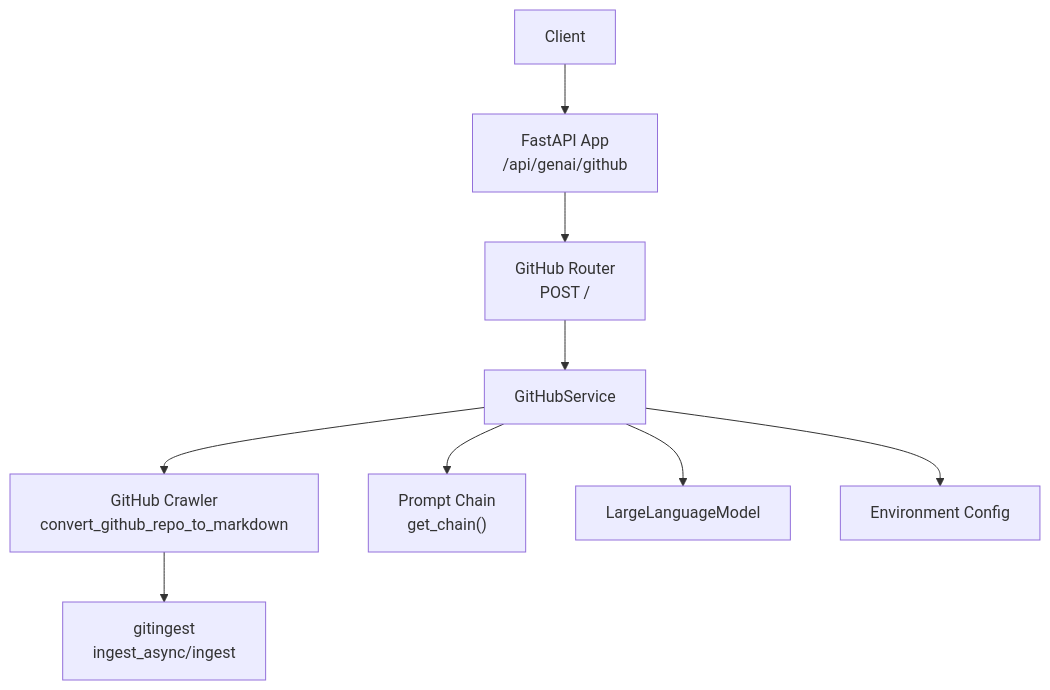
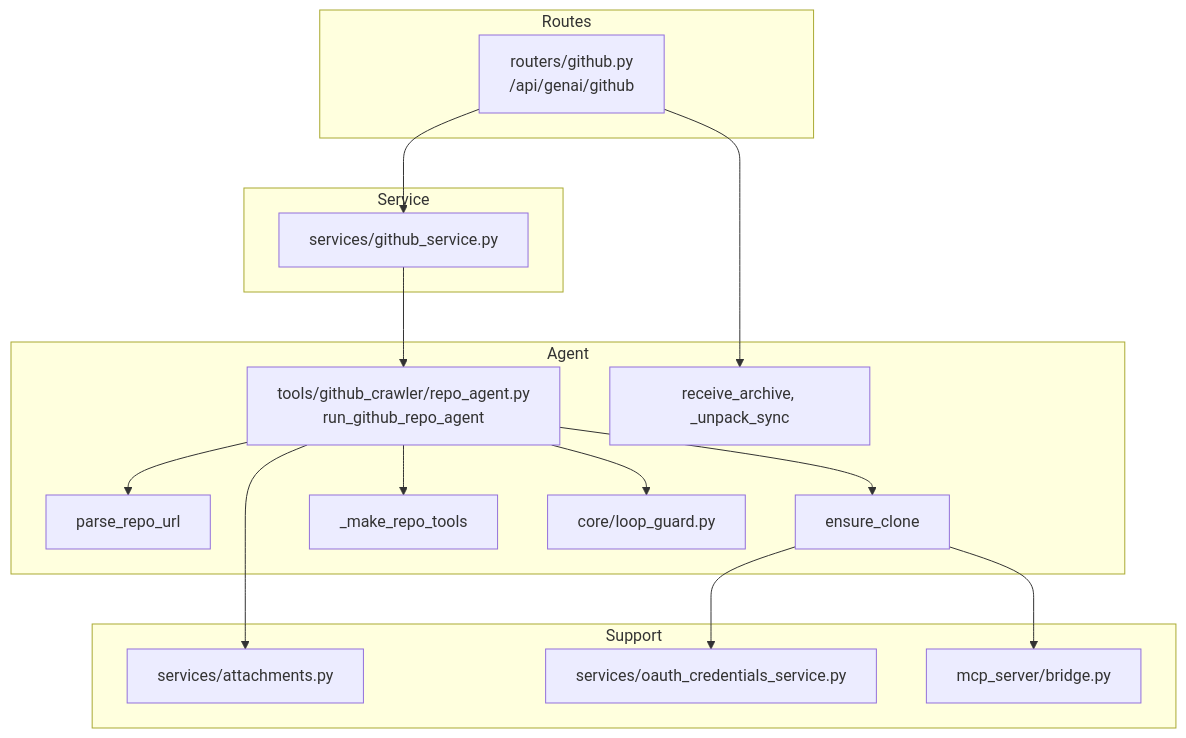
Before and after one commit to tashifkhan/tashif.codes: the first of 5 diagrams in src/data/docs/agentic-browser/API Server/GitHub Integration API.md, drawn with Mermaid. The commit also changed other lines of this file and 114 other files, not shown here.

````diff
--- a/src/data/docs/agentic-browser/API Server/GitHub Integration API.md
+++ b/src/data/docs/agentic-browser/API Server/GitHub Integration API.md
@@ -14,11 +17,32 @@
 ```mermaid
 graph TB
-Client["Client"] --> API["FastAPI App<br/>/api/genai/github"]
-API --> Router["GitHub Router<br/>POST /"]
-Router --> Service["GitHubService"]
-Service --> Tool["GitHub Crawler<br/>convert_github_repo_to_markdown"]
-Service --> Prompt["Prompt Chain<br/>get_chain()"]
-Service --> LLM["LargeLanguageModel"]
-Service --> Config["Environment Config"]
-Tool --> Gitingest["gitingest<br/>ingest_async/ingest"]
+  subgraph "Routes"
+    GH["routers/github.py<br/>/api/genai/github"]
+  end
+  subgraph "Service"
+    GS["services/github_service.py"]
+  end
+  subgraph "Agent"
+    RA["tools/github_crawler/repo_agent.py<br/>run_github_repo_agent"]
+    URL["parse_repo_url"]
+    CL["ensure_clone"]
+    ARC["receive_archive, _unpack_sync"]
+    TOOLS["_make_repo_tools"]
+    GUARD["core/loop_guard.py"]
+  end
+  subgraph "Support"
+    ATT["services/attachments.py"]
+    OC["services/oauth_credentials_service.py"]
+    BR["mcp_server/bridge.py"]
+  end
+  GH --> GS
+  GS --> RA
+  RA --> URL
+  RA --> CL
+  RA --> TOOLS
+  RA --> GUARD
+  RA --> ATT
+  CL --> OC
+  CL --> BR
+  GH --> ARC
 ```
````
